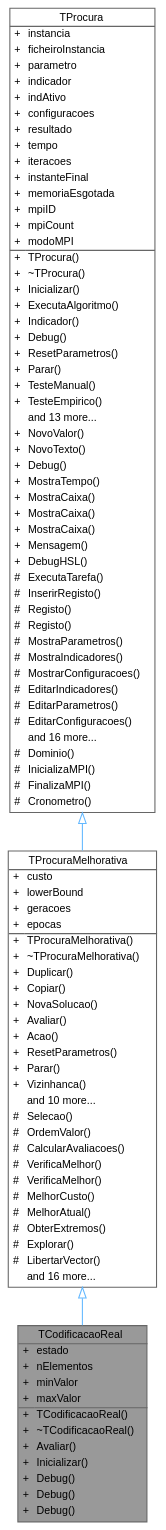
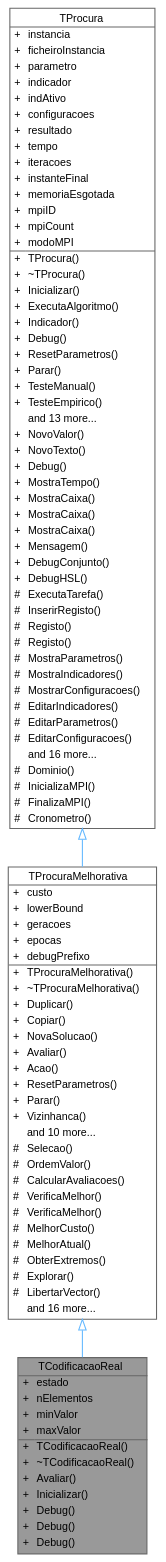
Before and after one commit to jcoelho72/TProcura: the diagram in classTCodificacaoReal__inherit__graph.dot, drawn with Graphviz. The commit also changed 235 other files, not shown here.

```diff
--- a/classTCodificacaoReal__inherit__graph.dot
+++ b/classTCodificacaoReal__inherit__graph.dot
@@ -27,6 +27,7 @@
 <TR><TD VALIGN="top" CELLPADDING="1" CELLSPACING="0">+</TD><TD VALIGN="top" ALIGN="LEFT" CELLPADDING="1" CELLSPACING="0">lowerBound<BR ALIGN="LEFT"/></TD></TR>
 <TR><TD VALIGN="top" CELLPADDING="1" CELLSPACING="0">+</TD><TD VALIGN="top" ALIGN="LEFT" CELLPADDING="1" CELLSPACING="0">geracoes<BR ALIGN="LEFT"/></TD></TR>
 <TR><TD VALIGN="top" CELLPADDING="1" CELLSPACING="0">+</TD><TD VALIGN="top" ALIGN="LEFT" CELLPADDING="1" CELLSPACING="0">epocas<BR ALIGN="LEFT"/></TD></TR>
+<TR><TD VALIGN="top" CELLPADDING="1" CELLSPACING="0">+</TD><TD VALIGN="top" ALIGN="LEFT" CELLPADDING="1" CELLSPACING="0">debugPrefixo<BR ALIGN="LEFT"/></TD></TR>
 <HR/>
 <TR><TD VALIGN="top" CELLPADDING="1" CELLSPACING="0">+</TD><TD VALIGN="top" ALIGN="LEFT" CELLPADDING="1" CELLSPACING="0">TProcuraMelhorativa()<BR ALIGN="LEFT"/></TD></TR>
 <TR><TD VALIGN="top" CELLPADDING="1" CELLSPACING="0">+</TD><TD VALIGN="top" ALIGN="LEFT" CELLPADDING="1" CELLSPACING="0">~TProcuraMelhorativa()<BR ALIGN="LEFT"/></TD></TR>
@@ -89,6 +90,7 @@
 <TR><TD VALIGN="top" CELLPADDING="1" CELLSPACING="0">+</TD><TD VALIGN="top" ALIGN="LEFT" CELLPADDING="1" CELLSPACING="0">MostraCaixa()<BR ALIGN="LEFT"/></TD></TR>
 <TR><TD VALIGN="top" CELLPADDING="1" CELLSPACING="0">+</TD><TD VALIGN="top" ALIGN="LEFT" CELLPADDING="1" CELLSPACING="0">MostraCaixa()<BR ALIGN="LEFT"/></TD></TR>
 <TR><TD VALIGN="top" CELLPADDING="1" CELLSPACING="0">+</TD><TD VALIGN="top" ALIGN="LEFT" CELLPADDING="1" CELLSPACING="0">Mensagem()<BR ALIGN="LEFT"/></TD></TR>
+<TR><TD VALIGN="top" CELLPADDING="1" CELLSPACING="0">+</TD><TD VALIGN="top" ALIGN="LEFT" CELLPADDING="1" CELLSPACING="0">DebugConjunto()<BR ALIGN="LEFT"/></TD></TR>
 <TR><TD VALIGN="top" CELLPADDING="1" CELLSPACING="0">+</TD><TD VALIGN="top" ALIGN="LEFT" CELLPADDING="1" CELLSPACING="0">DebugHSL()<BR ALIGN="LEFT"/></TD></TR>
 <TR><TD VALIGN="top" CELLPADDING="1" CELLSPACING="0">#</TD><TD VALIGN="top" ALIGN="LEFT" CELLPADDING="1" CELLSPACING="0">ExecutaTarefa()<BR ALIGN="LEFT"/></TD></TR>
 <TR><TD VALIGN="top" CELLPADDING="1" CELLSPACING="0">#</TD><TD VALIGN="top" ALIGN="LEFT" CELLPADDING="1" CELLSPACING="0">InserirRegisto()<BR ALIGN="LEFT"/></TD></TR>
```
